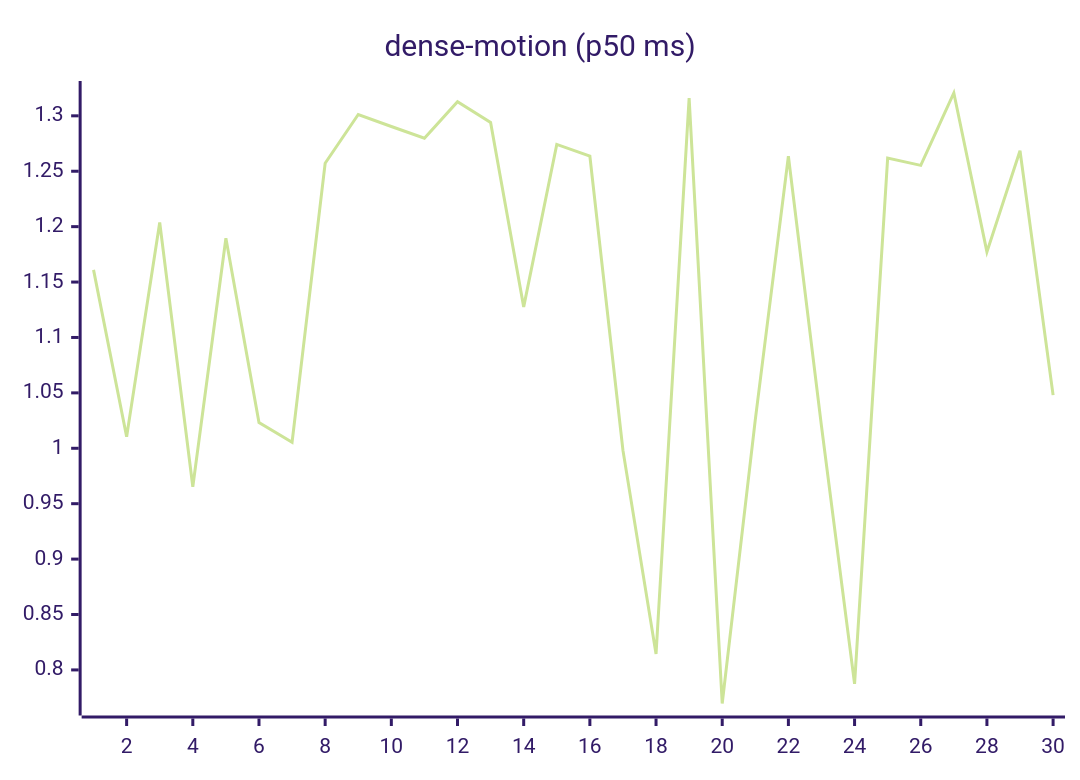
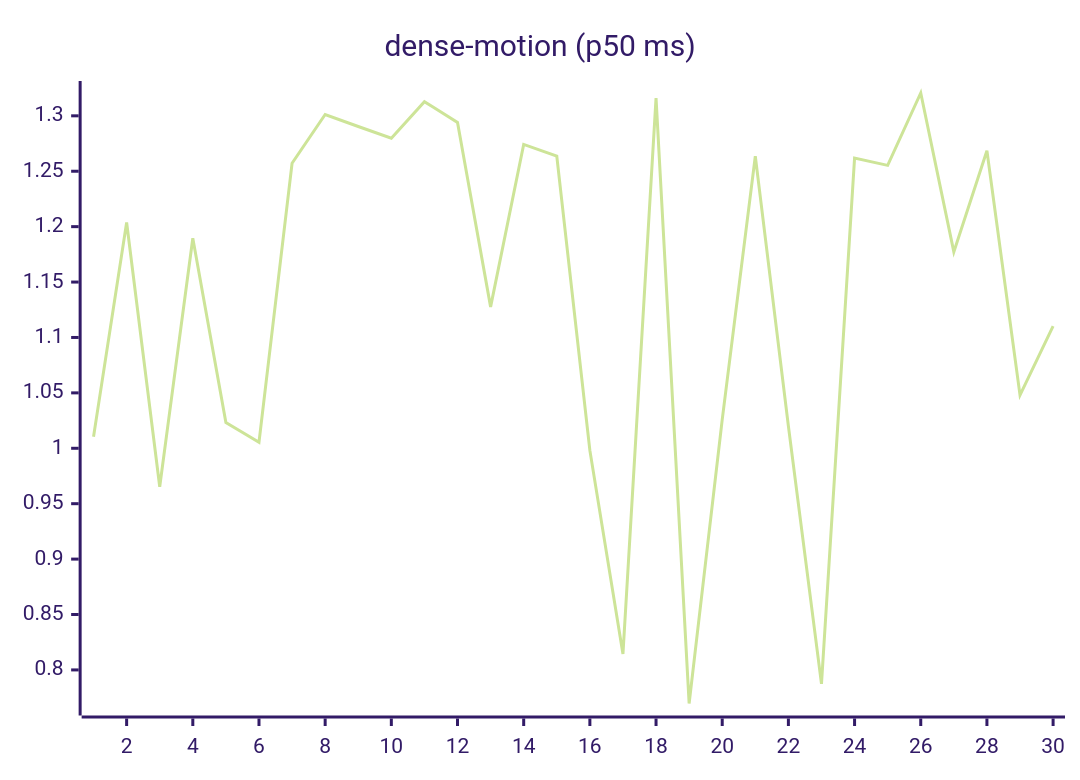
The ninth of 27 diagrams in README.md (josha/Facet), drawn with Mermaid (forest theme) before and after one commit. The commit also changed other lines of this file and 2 other files, not shown here.

````diff
--- a/README.md
+++ b/README.md
@@ -119,6 +119,6 @@
 ```mermaid
 xychart-beta
     title "dense-motion (p50 ms)"
     x-axis 1 --> 30
-    line [1.1610, 1.0105, 1.2037, 0.9653, 1.1895, 1.0233, 1.0054, 1.2572, 1.3012, 1.2904, 1.2798, 1.3128, 1.2940, 1.1276, 1.2742, 1.2636, 0.9981, 0.8144, 1.3160, 0.7697, 1.0258, 1.2636, 1.0200, 0.7874, 1.2619, 1.2553, 1.3206, 1.1772, 1.2685, 1.0480]
+    line [1.0105, 1.2037, 0.9653, 1.1895, 1.0233, 1.0054, 1.2572, 1.3012, 1.2904, 1.2798, 1.3128, 1.2940, 1.1276, 1.2742, 1.2636, 0.9981, 0.8144, 1.3160, 0.7697, 1.0258, 1.2636, 1.0200, 0.7874, 1.2619, 1.2553, 1.3206, 1.1772, 1.2685, 1.0480, 1.1102]
 ```
````
